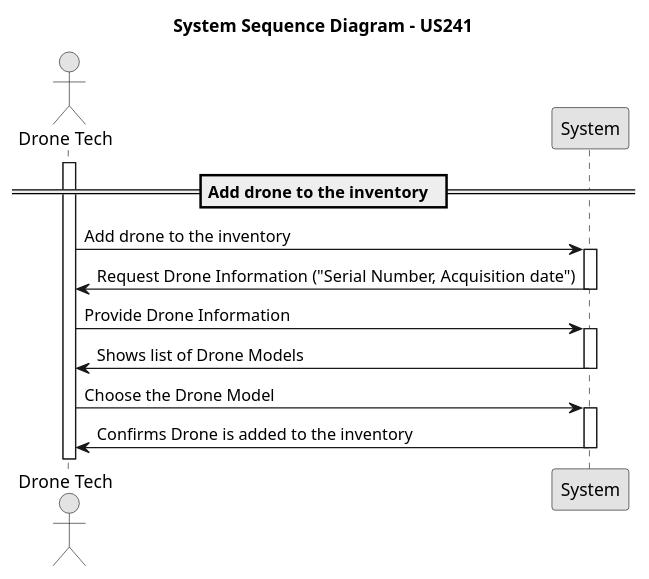
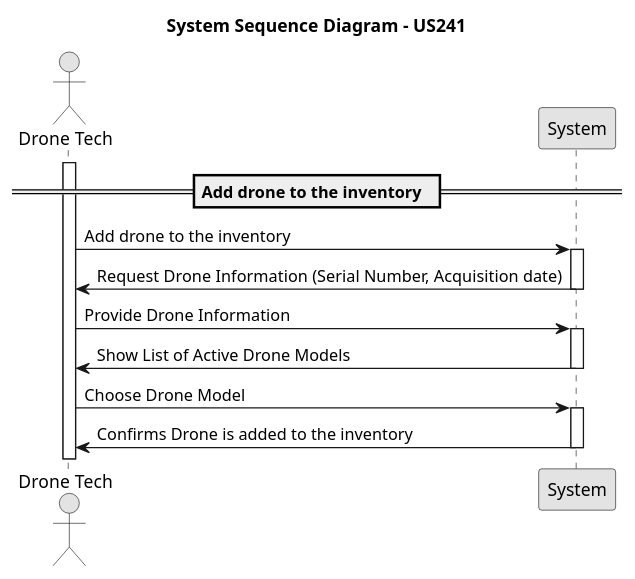
The diagram in docs/Sprint2/us_241/diagrams/system-sequence-diagram-US241.puml (rubenFreitas1/ISEP-LAPR4-2024-2025), drawn with PlantUML before and after one commit. The commit also changed 5 other files, not shown here.

```diff
--- a/docs/Sprint2/us_241/diagrams/system-sequence-diagram-US241.puml
+++ b/docs/Sprint2/us_241/diagrams/system-sequence-diagram-US241.puml
@@ -1,35 +1,35 @@
 @startuml
 skinparam monochrome true
 skinparam packageStyle rectangle
 skinparam shadowing false
 
 actor "Drone Tech" as droneTech
 participant "System" as system
 
 title System Sequence Diagram - US241
 
 == Add drone to the inventory  ==
 activate droneTech
 
 droneTech -> system : Add drone to the inventory
 activate system
 
-system -> droneTech : Request Drone Information ("Serial Number, Acquisition date")
+system -> droneTech : Request Drone Information (Serial Number, Acquisition date)
 deactivate system
 droneTech -> system : Provide Drone Information
 
 activate system
 
-system -> droneTech : Shows list of Drone Models
+system -> droneTech : Show List of Active Drone Models
 
 deactivate system
-droneTech -> system : Choose the Drone Model
+droneTech -> system : Choose Drone Model
 
 activate system
 
 system -> droneTech : Confirms Drone is added to the inventory
 deactivate system
 
 
 
 @enduml
```
